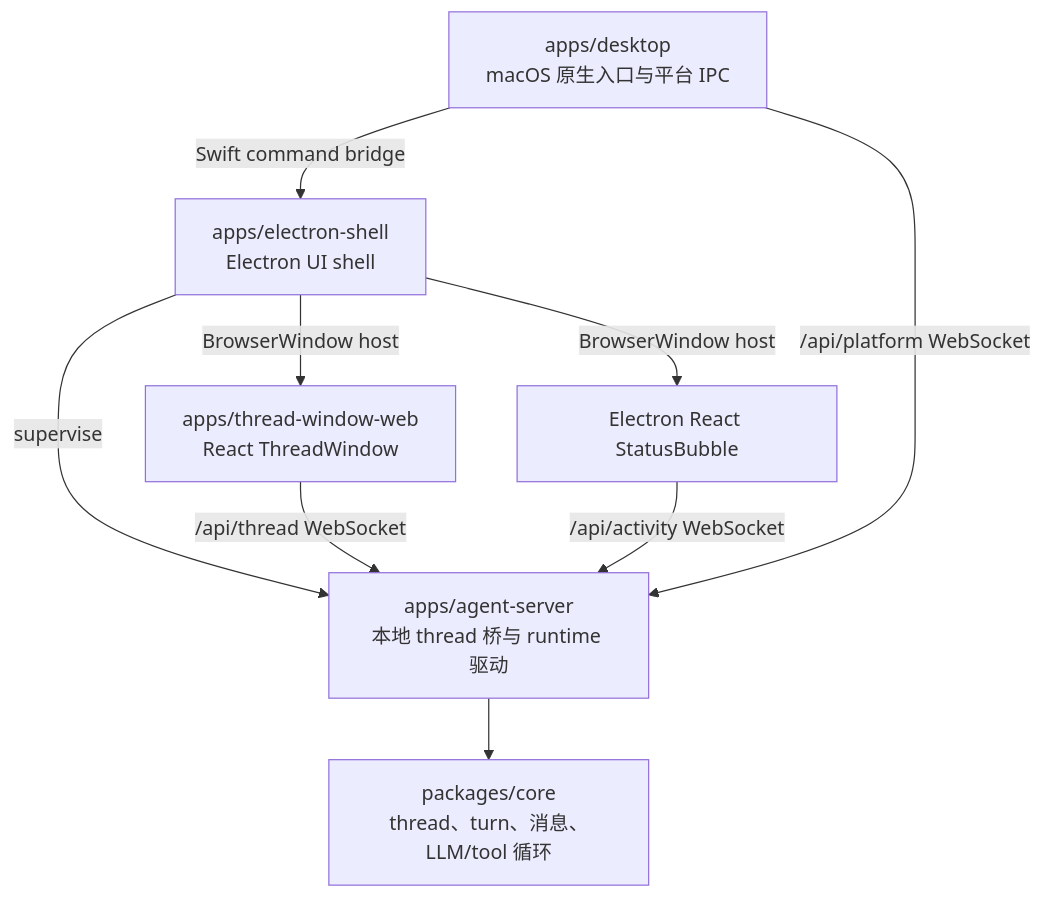
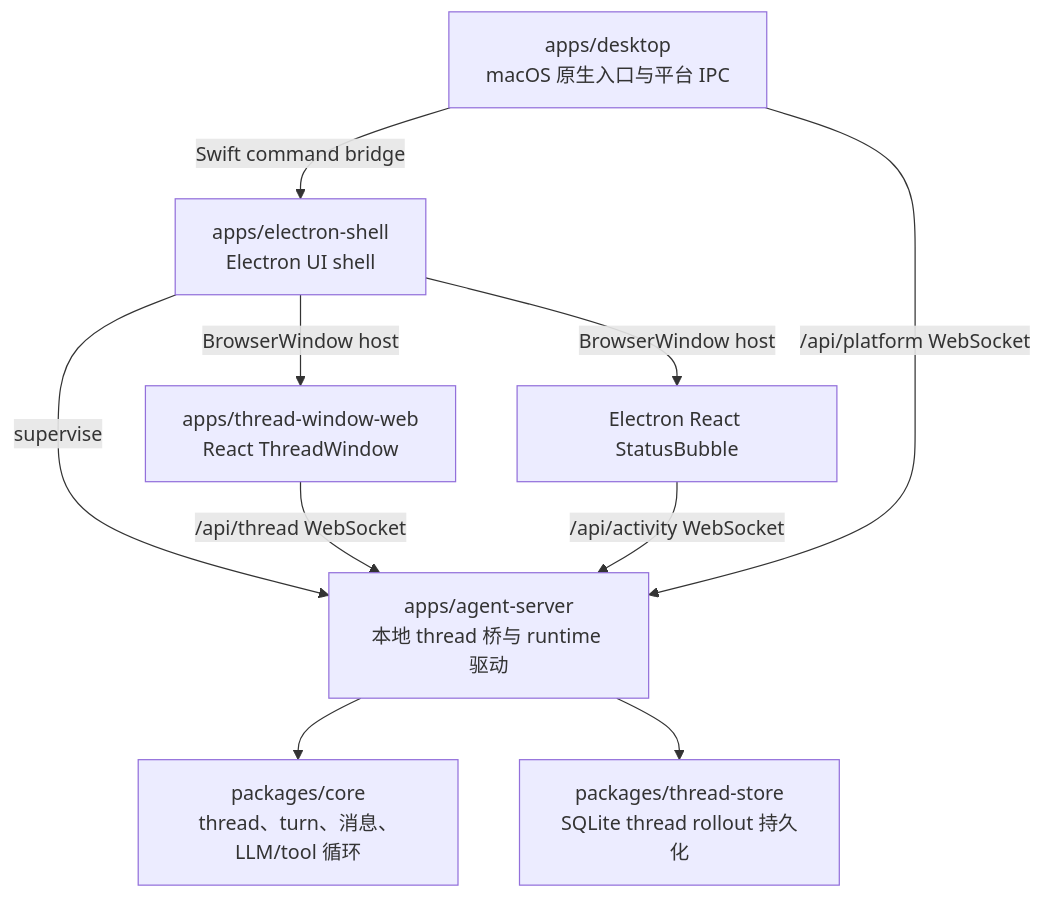
One commit to Lixuhang987/Wisp-Pocket changed the first of 2 diagrams in handAgent.md. Above: the diagram before and after it, drawn with Mermaid. The commit also changed other lines of this file and 45 other files, not shown here.

Commit message:
Add SQLite thread store

````diff
--- a/handAgent.md
+++ b/handAgent.md
@@ -5,11 +5,12 @@
 ```mermaid
 flowchart TD
   A[apps/desktop<br/>macOS 原生入口与平台 IPC] -->|Swift command bridge| E[apps/electron-shell<br/>Electron UI shell]
   E -->|BrowserWindow host| W[apps/thread-window-web<br/>React ThreadWindow]
   E -->|BrowserWindow host| S[Electron React StatusBubble]
   E -->|supervise| B[apps/agent-server<br/>本地 thread 桥与 runtime 驱动]
   W -->|/api/thread WebSocket| B
   S -->|/api/activity WebSocket| B
   A -->|/api/platform WebSocket| B
   B --> C[packages/core<br/>thread、turn、消息、LLM/tool 循环]
+  B --> T[packages/thread-store<br/>SQLite thread rollout 持久化]
 ```
````
